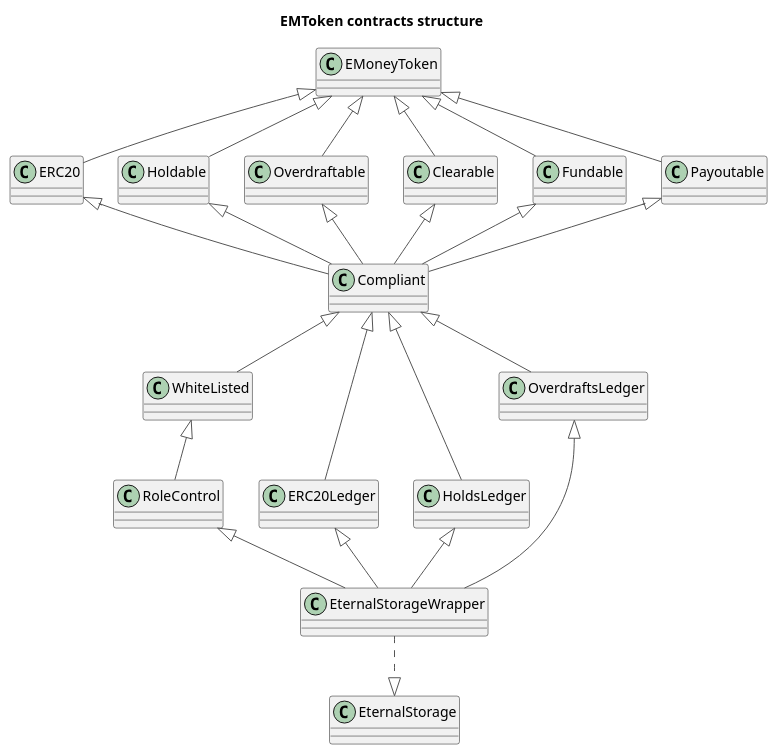
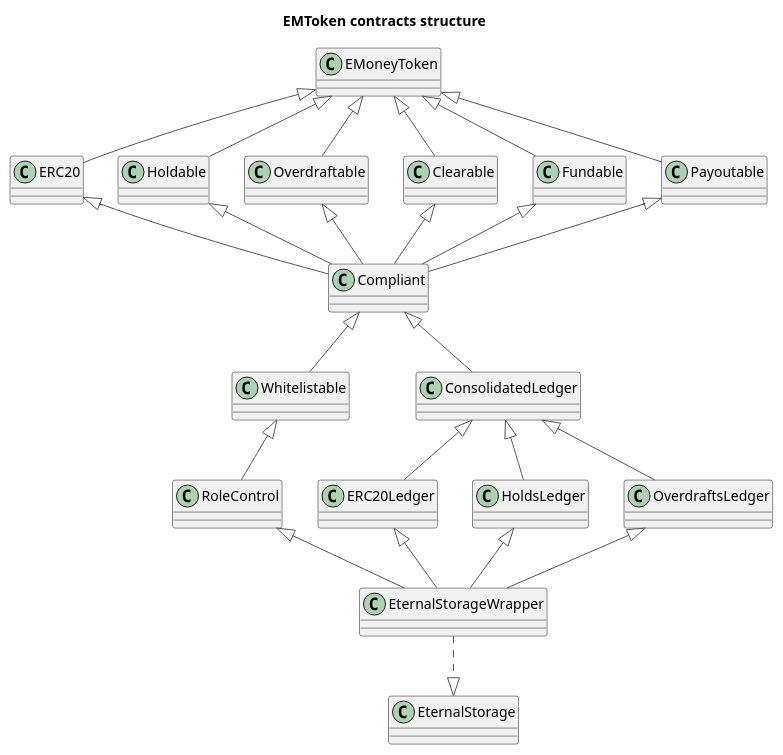
Before and after one commit to natiboston/EM-Token: the diagram in diagrams/contracts_structure.puml, drawn with PlantUML. The commit also changed 13 other files, not shown here.

```diff
--- a/diagrams/contracts_structure.puml
+++ b/diagrams/contracts_structure.puml
@@ -1,90 +1,96 @@
 @startuml
 title EMToken contracts structure
 hide footbox
 
 skinparam {
   ActorBorderColor #555555
   ParticipantBorderColor #555555
   BoundaryBorderColor #555555
   ArrowColor #555555
   SequenceLifeLineBorderColor #555555
   SequenceBoxBorderColor #FFFFFF
   NoteBorderColor #555555
   NoteBackgroundColor #DDDDDD
 }
 
 class EMoneyToken {
 }
 
 class ERC20 {
 }
 
 class Holdable {
 }
 
 class Overdraftable {
 }
 
 class Clearable {
 }
 
 class Fundable {
 }
 
 class Payoutable {
 }
 
 class Compliant {
 }
 
-class WhiteListed {
+class Whitelistable {
 }
 
 class RoleControl {
+}
+
+class ConsolidatedLedger {
 }
 
 class ERC20Ledger {
 }
 
 class HoldsLedger {
 }
 
 class OverdraftsLedger {
 }
 
 class EternalStorageWrapper {
 }
 
 class EternalStorage {
 }
 
 EMoneyToken <|-- ERC20
 EMoneyToken <|-- Holdable
 EMoneyToken <|-- Overdraftable
 EMoneyToken <|-- Clearable
 EMoneyToken <|-- Fundable
 EMoneyToken <|-- Payoutable
 
 ERC20 <|-- Compliant
 Holdable <|-- Compliant
 Overdraftable <|-- Compliant
 Clearable <|-- Compliant
 Fundable <|-- Compliant
 Payoutable <|-- Compliant
 
-Compliant <|-- WhiteListed
-WhiteListed <|-- RoleControl
+Compliant <|-- Whitelistable
 
-Compliant <|-- ERC20Ledger
-Compliant <|-- HoldsLedger
-Compliant <|-- OverdraftsLedger
+Whitelistable <|-- RoleControl
+
+Compliant <|-- ConsolidatedLedger
+
+ConsolidatedLedger <|-- ERC20Ledger
+ConsolidatedLedger <|-- HoldsLedger
+ConsolidatedLedger <|-- OverdraftsLedger
 
 
 ERC20Ledger <|-- EternalStorageWrapper
 HoldsLedger <|-- EternalStorageWrapper
 OverdraftsLedger <|-- EternalStorageWrapper
 RoleControl <|-- EternalStorageWrapper
 
 EternalStorageWrapper ..|> EternalStorage
 
 @enduml
```
